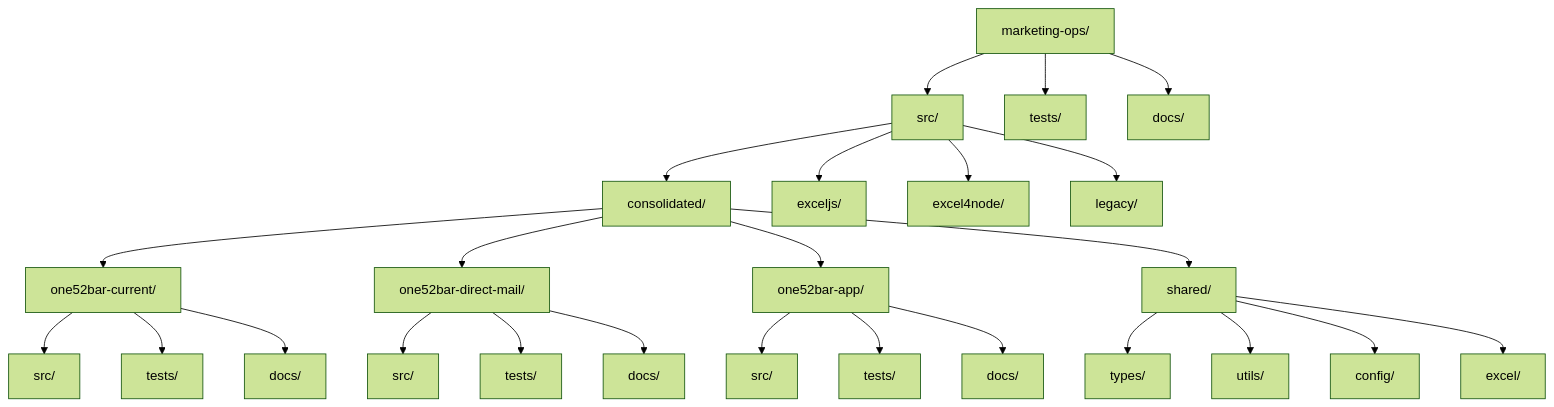
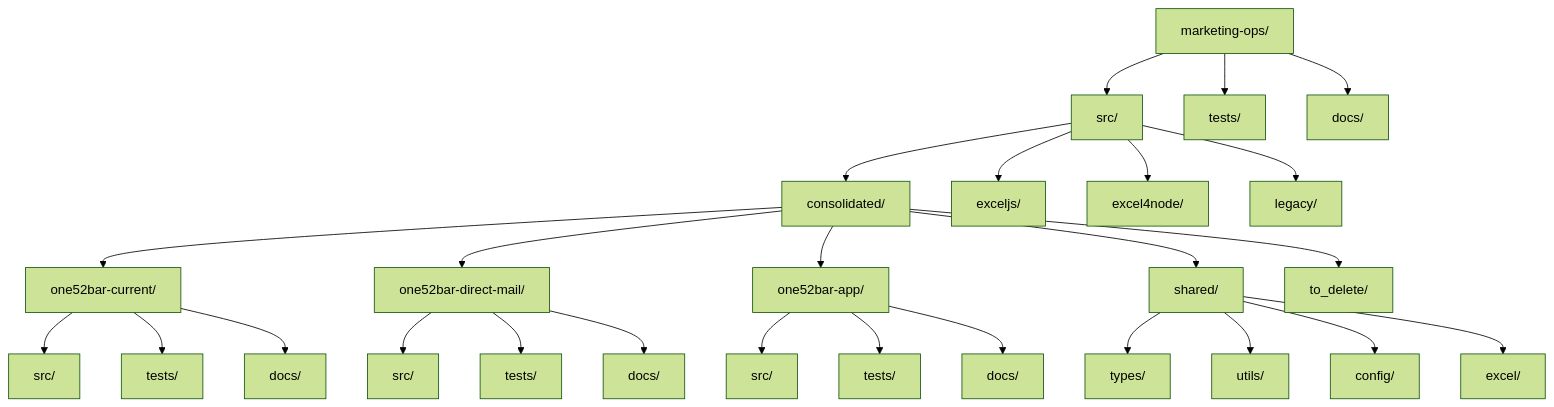
One commit to THE-AI-REAL-ESTATE-INVESTOR/0ne52bar changed the diagram in marketing-ops/WHATS_WORKING.md. Above: the diagram before and after it, drawn with Mermaid (forest theme). The commit also changed other lines of this file and 2 other files, not shown here.

Commit message:
feat: complete Phase 1 of consolidation plan

````diff
--- a/marketing-ops/WHATS_WORKING.md
+++ b/marketing-ops/WHATS_WORKING.md
@@ -9,33 +9,34 @@
 ```mermaid
 graph TD
     A[marketing-ops/] --> B[src/]
     A --> C[tests/]
     A --> D[docs/]
     
     B --> E[consolidated/]
     B --> F[exceljs/]
     B --> G[excel4node/]
     B --> H[legacy/]
     
     E --> I[one52bar-current/]
     E --> J[one52bar-direct-mail/]
     E --> K[one52bar-app/]
     E --> L[shared/]
+    E --> M[to_delete/]
     
-    I --> M[src/]
-    I --> N[tests/]
-    I --> O[docs/]
+    I --> N[src/]
+    I --> O[tests/]
+    I --> P[docs/]
     
-    J --> P[src/]
-    J --> Q[tests/]
-    J --> R[docs/]
+    J --> Q[src/]
+    J --> R[tests/]
+    J --> S[docs/]
     
-    K --> S[src/]
-    K --> T[tests/]
-    K --> U[docs/]
+    K --> T[src/]
+    K --> U[tests/]
+    K --> V[docs/]
     
-    L --> V[types/]
-    L --> W[utils/]
-    L --> X[config/]
-    L --> Y[excel/]
+    L --> W[types/]
+    L --> X[utils/]
+    L --> Y[config/]
+    L --> Z[excel/]
 ```
````
